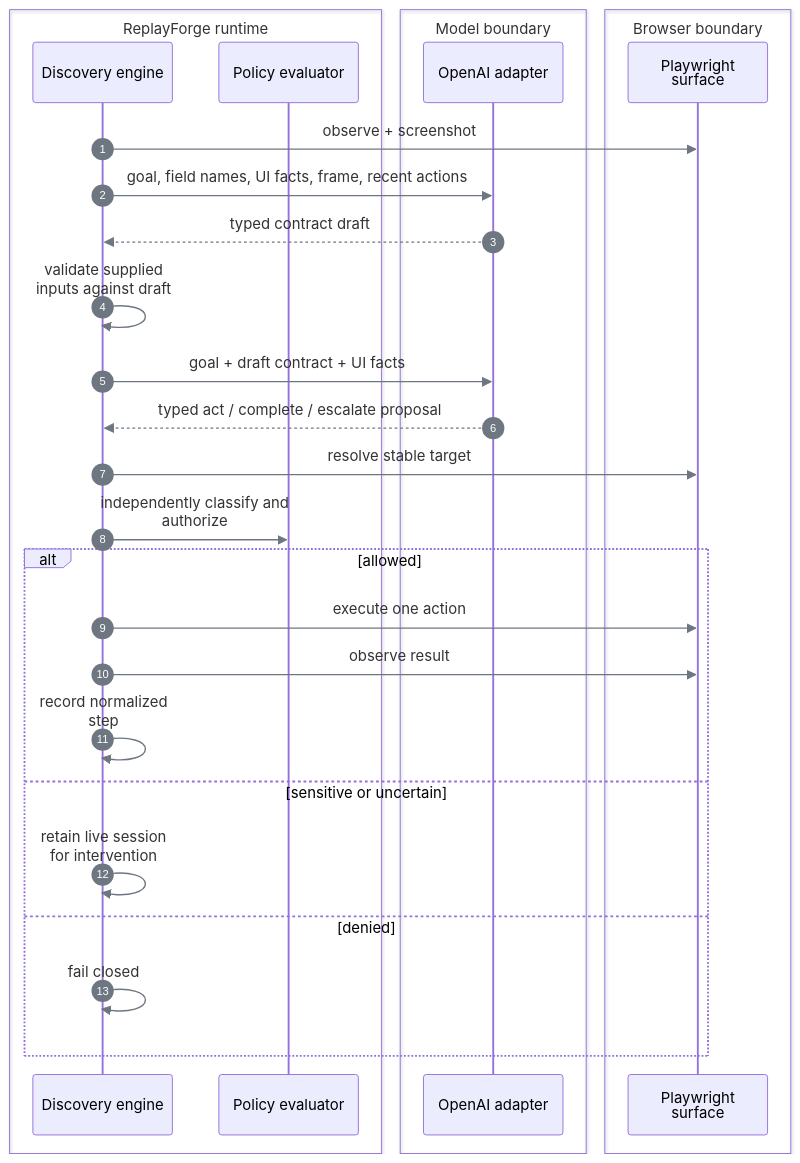
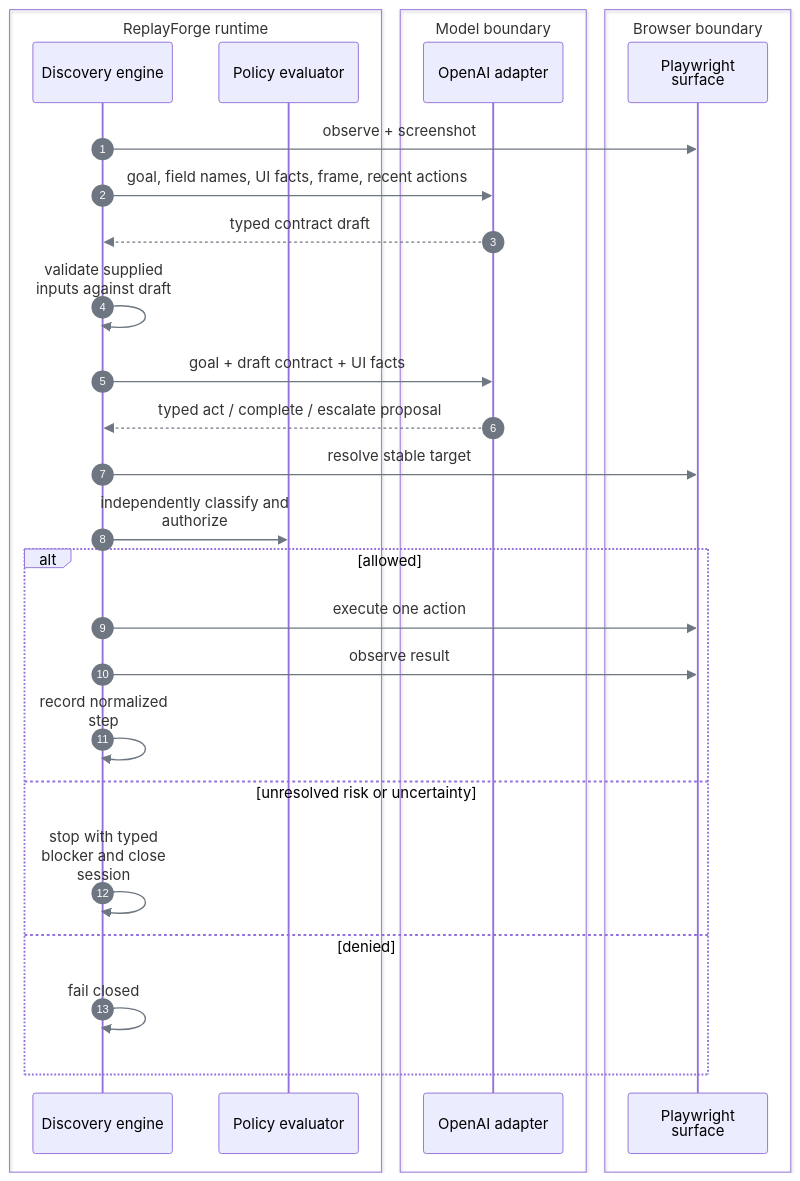
The diagram in docs/discovery.md (SivaTSS/replay-forge), drawn with Mermaid before and after one commit. The commit also changed other lines of this file and 27 other files, not shown here.

````diff
--- a/docs/discovery.md
+++ b/docs/discovery.md
@@ -24,32 +29,32 @@
 ```mermaid
 %%{init: {"htmlLabels":false,"themeVariables":{"lineColor":"#6E7781","signalColor":"#6E7781"},"flowchart":{"curve":"linear"},"sequence":{"wrap":true}}}%%
 sequenceDiagram
     autonumber
     box ReplayForge runtime
         participant E as Discovery engine
         participant P as Policy evaluator
     end
     box Model boundary
         participant M as OpenAI adapter
     end
     box Browser boundary
         participant S as Playwright surface
     end
     E->>S: observe + screenshot
     E->>M: goal, field names, UI facts, frame, recent actions
     M-->>E: typed contract draft
     E->>E: validate supplied inputs against draft
     E->>M: goal + draft contract + UI facts
     M-->>E: typed act / complete / escalate proposal
     E->>S: resolve stable target
     E->>P: independently classify and authorize
     alt allowed
         E->>S: execute one action
         E->>S: observe result
         E->>E: record normalized step
-    else sensitive or uncertain
-        E->>E: retain live session for intervention
+    else unresolved risk or uncertainty
+        E->>E: stop with typed blocker and close session
     else denied
         E->>E: fail closed
     end
 ```
````
